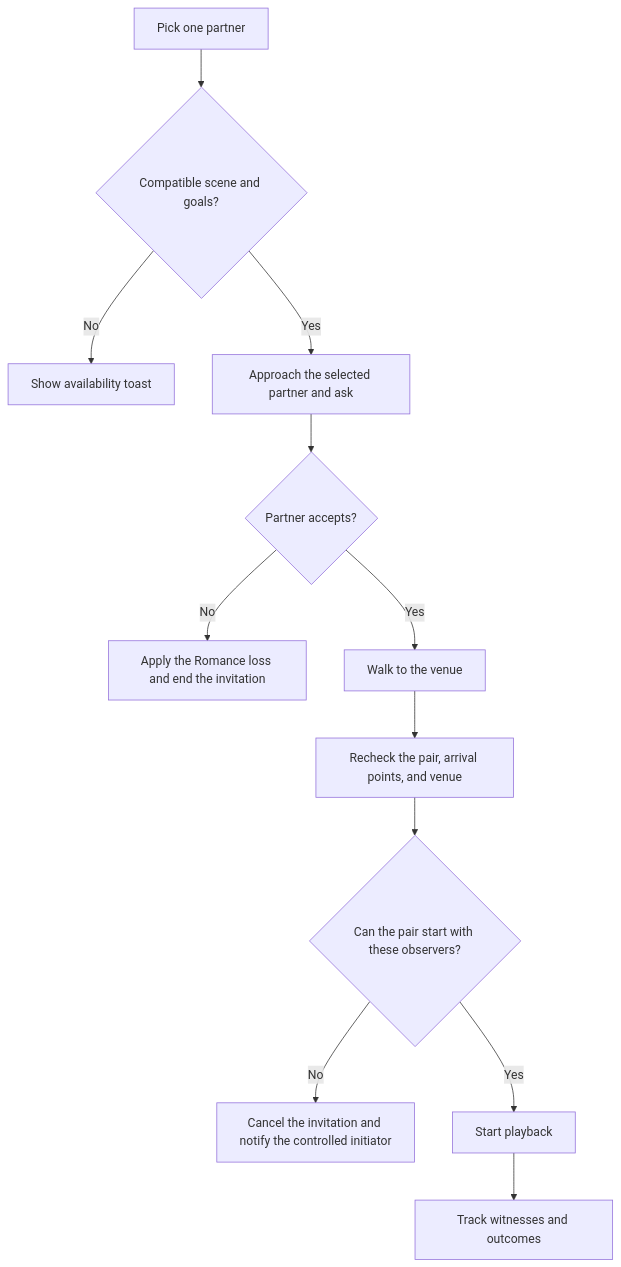
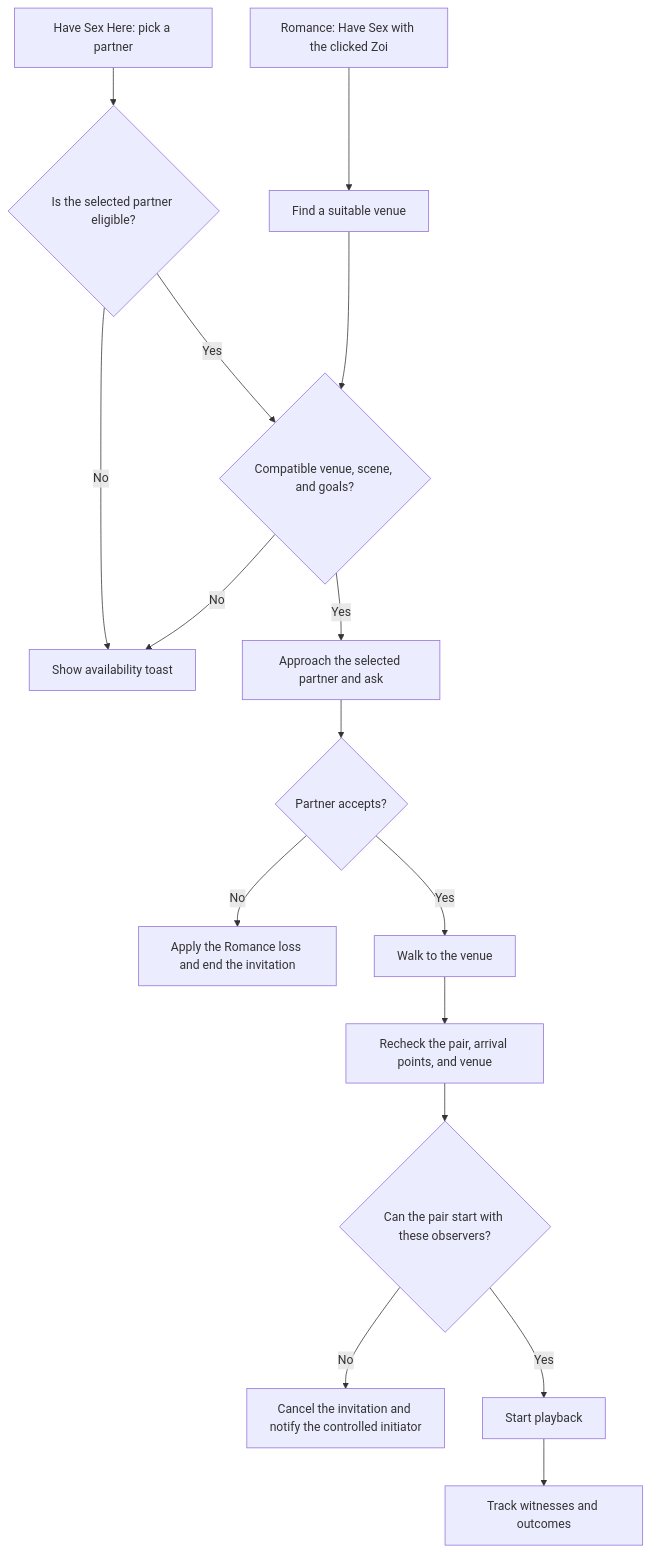
One commit to acepleiades/HZoi-Gameplay changed the diagram in docs/encounter-design.md. Above: the diagram before and after it, drawn with Mermaid. The commit also changed other lines of this file and 50 other files, not shown here.

````diff
--- a/docs/encounter-design.md
+++ b/docs/encounter-design.md
@@ -15,14 +29,18 @@
 ```mermaid
 flowchart TD
-    P["Pick one partner"] --> C{"Compatible scene and goals?"}
-    C -->|No| T["Show availability toast"]
+    P["Have Sex Here: pick a partner"] --> L{"Is the selected partner eligible?"}
+    L -->|No| T["Show availability toast"]
+    L -->|Yes| C{"Compatible venue, scene, and goals?"}
+    D["Romance: Have Sex with the clicked Zoi"] --> Q["Find a suitable venue"]
+    Q --> C
+    C -->|No| T
     C -->|Yes| I["Approach the selected partner and ask"]
     I --> A{"Partner accepts?"}
     A -->|No| E["Apply the Romance loss and end the invitation"]
     A -->|Yes| W["Walk to the venue"]
     W --> R["Recheck the pair, arrival points, and venue"]
     R --> V{"Can the pair start with these observers?"}
     V -->|No| F["Cancel the invitation and notify the controlled initiator"]
     V -->|Yes| S["Start playback"]
     S --> O["Track witnesses and outcomes"]
 ```
````
